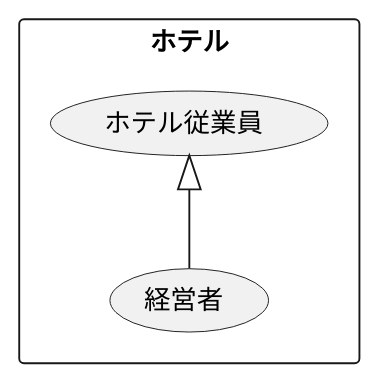
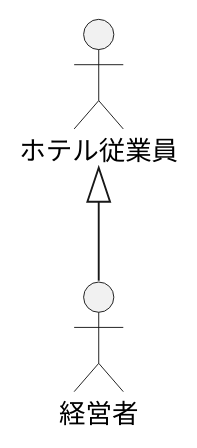
Before and after one commit to moppechan/uml_introduction: the diagram in 演習2-2_ホテル従業員.pu, drawn with PlantUML.

Commit message:
編集

```diff
--- a/演習2-2_ホテル従業員.pu
+++ b/演習2-2_ホテル従業員.pu
@@ -1,7 +1,5 @@
 @startuml ユースケース図
-rectangle ホテル{
-    usecase 経営者
-    usecase ホテル従業員
-}
+    actor 経営者
+    actor ホテル従業員
 ホテル従業員<|--経営者
 @enduml
```
